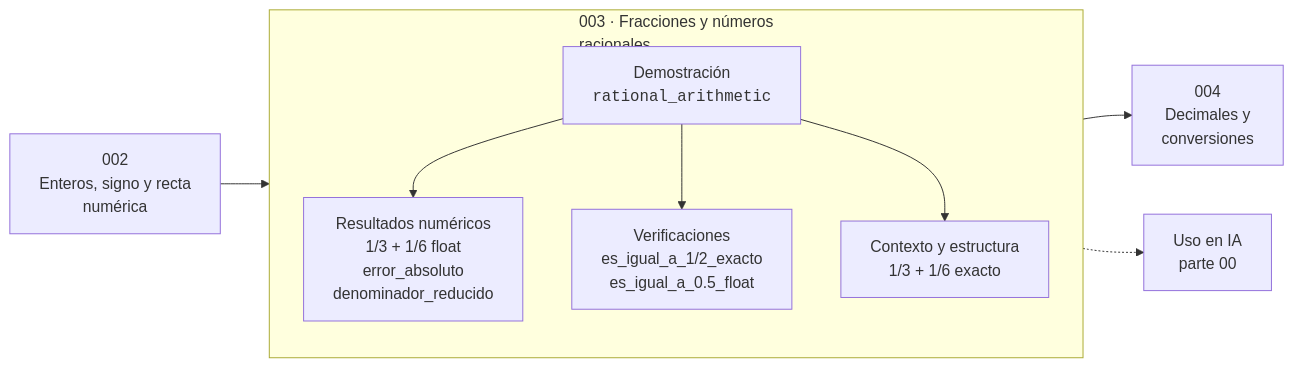
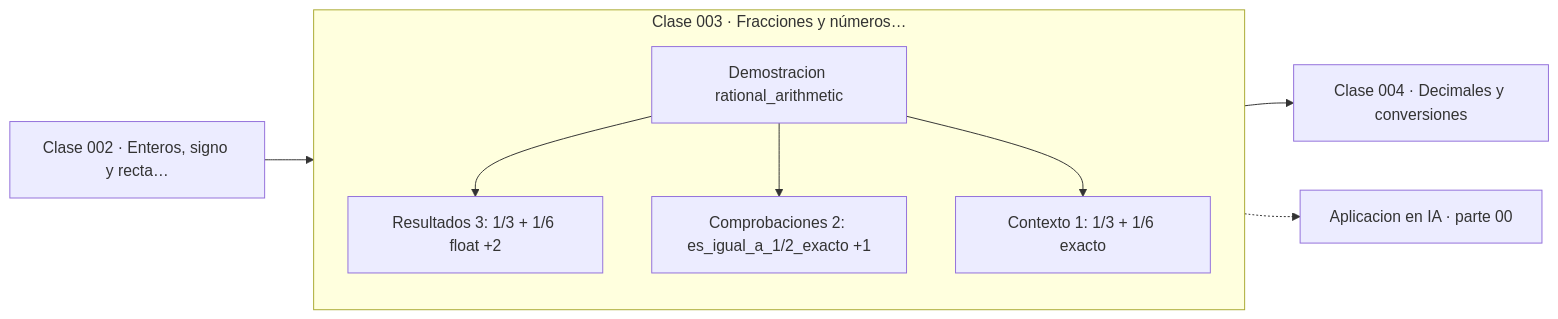
The diagram in classes/part-00-pensamiento-matematico-desde-cero/003-fracciones-y-numeros-racionales/README.md (vladimiracunadev-create/computational-mathematics-program), drawn with Mermaid before and after one commit. The commit also changed 389 other files, not shown here.

First line of the commit message:
fix(diagramas): elimina el HTML de las etiquetas Mermaid

````diff
--- a/classes/part-00-pensamiento-matematico-desde-cero/003-fracciones-y-numeros-racionales/README.md
+++ b/classes/part-00-pensamiento-matematico-desde-cero/003-fracciones-y-numeros-racionales/README.md
@@ -35,12 +35,13 @@
 ```mermaid
 flowchart LR
-    P["002<br/>Enteros, signo y recta<br/>numérica"] --> C
-    subgraph C["003 · Fracciones y números<br/>racionales"]
+    P["Clase 002 · Enteros, signo y recta…"] --> D
+    subgraph CLASE["Clase 003 · Fracciones y números…"]
         direction TB
-        D["Demostración<br/><code>rational_arithmetic</code>"] --> R["Resultados numéricos<br/>1/3 + 1/6 float<br/>error_absoluto<br/>denominador_reducido"]
-        D --> V["Verificaciones<br/>es_igual_a_1/2_exacto<br/>es_igual_a_0.5_float"]
-        D --> O["Contexto y estructura<br/>1/3 + 1/6 exacto"]
+        D["Demostracion rational_arithmetic"]
+        D --> R["Resultados 3: 1/3 + 1/6 float +2"]
+        D --> V["Comprobaciones 2: es_igual_a_1/2_exacto +1"]
+        D --> O["Contexto 1: 1/3 + 1/6 exacto"]
     end
-    C --> N["004<br/>Decimales y<br/>conversiones"]
-    C -.-> IA["Uso en IA<br/>parte 00"]
+    R --> N["Clase 004 · Decimales y conversiones"]
+    V -.-> IA["Aplicacion en IA · parte 00"]
 ```
````
